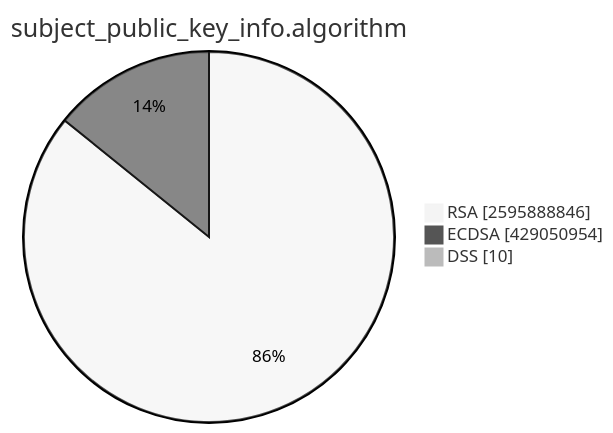
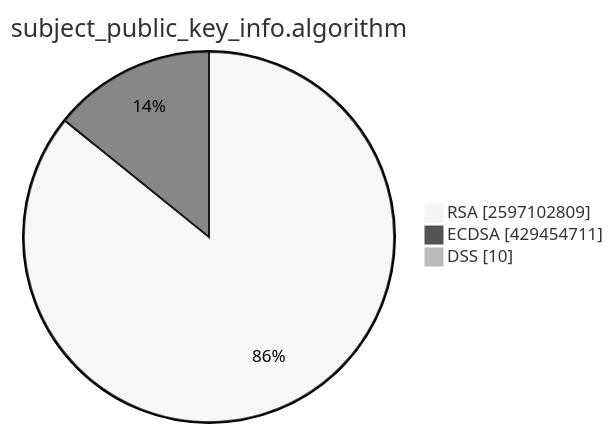
One commit to christiankrug/ctmonitor_visualization changed the second of 15 diagrams in TOTAL/README.md. Above: the diagram before and after it, drawn with Mermaid (neutral theme). The commit also changed other lines of this file, not shown here.

````diff
--- a/TOTAL/README.md
+++ b/TOTAL/README.md
@@ -6,7 +6,7 @@
 ```mermaid
 pie showData
 title subject_public_key_info.algorithm
-"RSA" :2595888846
-"ECDSA" :429050954
+"RSA" :2597102809
+"ECDSA" :429454711
 "DSS" :10
 ```
````
